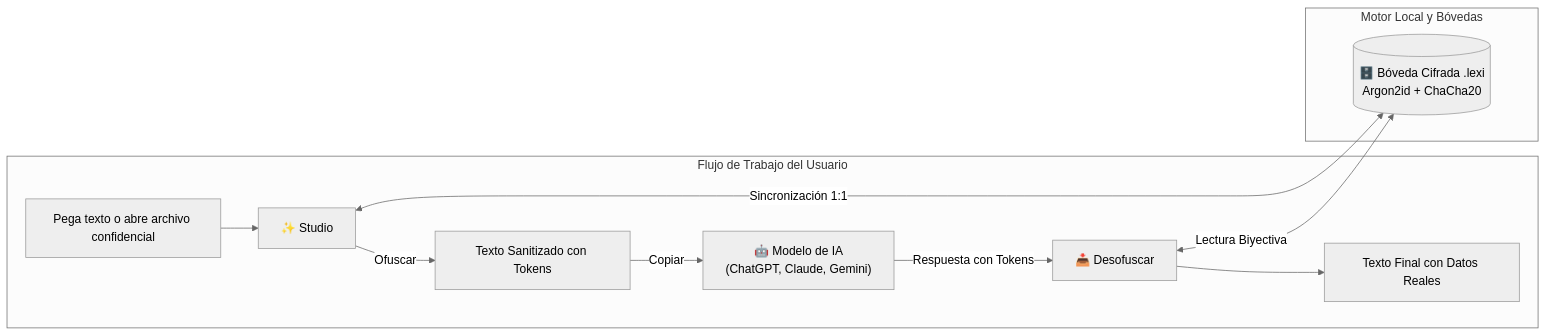
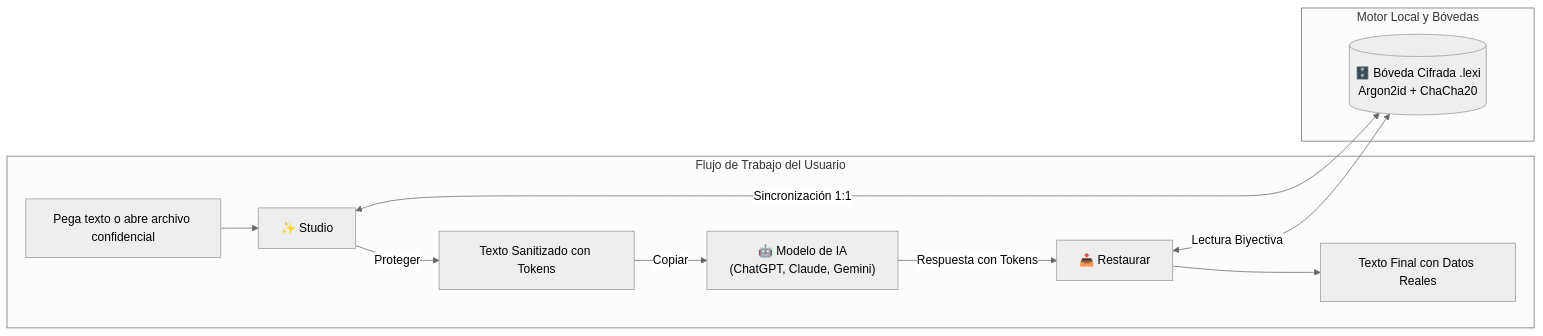
The second of 2 diagrams in README.md (olorinj/lexishield), drawn with Mermaid (neutral theme) before and after one commit. The commit also changed other lines of this file and 4 other files, not shown here.

````diff
--- a/README.md
+++ b/README.md
@@ -67,15 +67,15 @@
 ```mermaid
 flowchart LR
     subgraph Usuario["Flujo de Trabajo del Usuario"]
         U1["Pega texto o abre archivo confidencial"] --> S["✨ Studio"]
-        S -->|Ofuscar| O["Texto Sanitizado con Tokens"]
+        S -->|Proteger| O["Texto Sanitizado con Tokens"]
         O -->|Copiar| AI["🤖 Modelo de IA\n(ChatGPT, Claude, Gemini)"]
-        AI -->|Respuesta con Tokens| D["📥 Desofuscar"]
+        AI -->|Respuesta con Tokens| D["📥 Restaurar"]
         D --> R["Texto Final con Datos Reales"]
     end
 
     subgraph Seguridad["Motor Local y Bóvedas"]
         S <-->|Sincronización 1:1| V[("🗄️ Bóveda Cifrada .lexi\nArgon2id + ChaCha20")]
         D <-->|Lectura Biyectiva| V
     end
 ```
````
